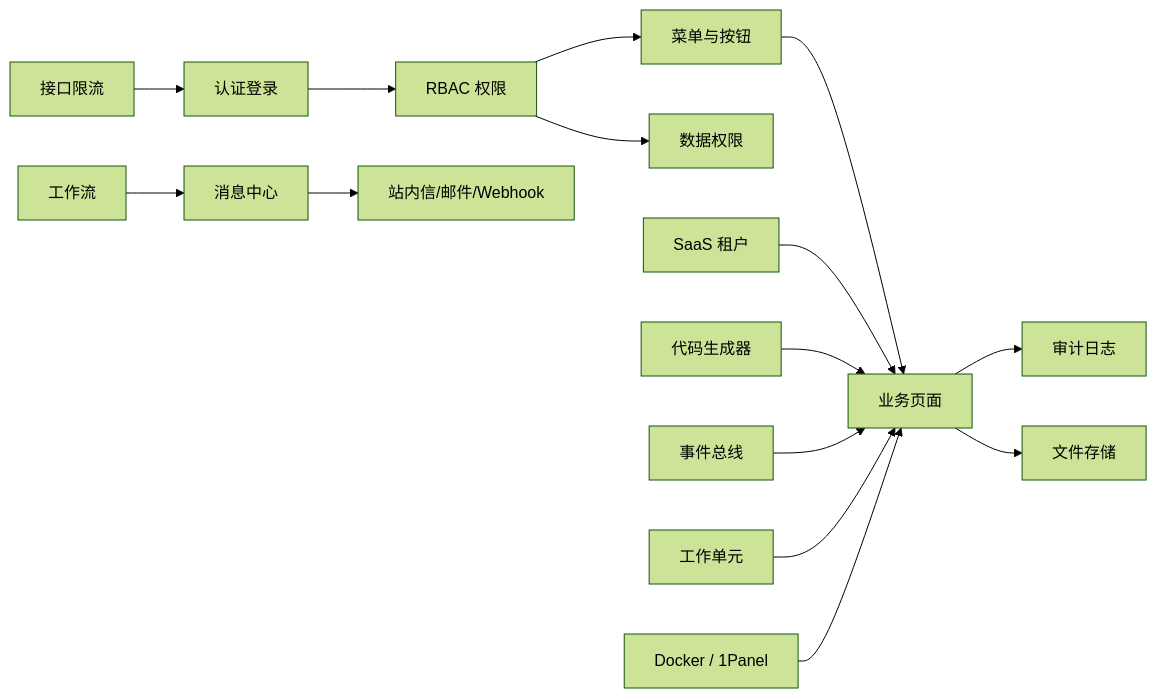
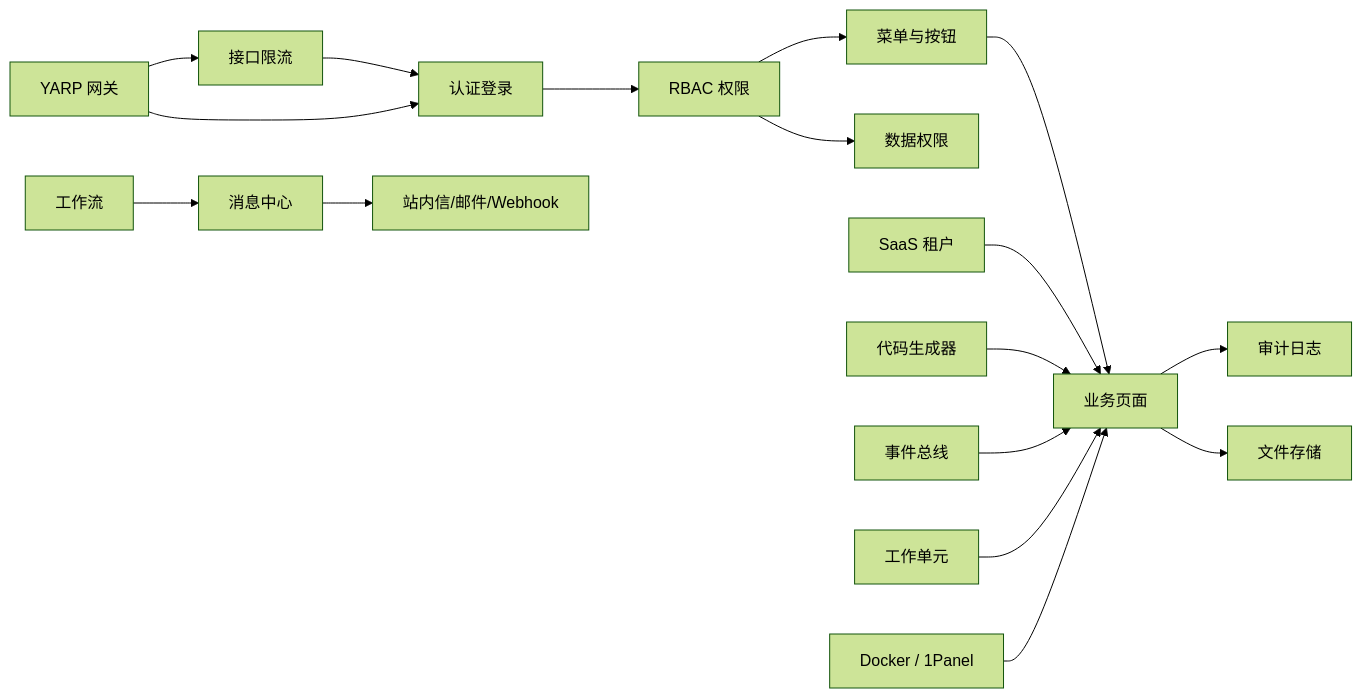
The diagram in docs-site/features/overview.md (tellmevx-cell/mini-admin), drawn with Mermaid (forest theme) before and after one commit. The commit also changed other lines of this file and 19 other files, not shown here.

````diff
--- a/docs-site/features/overview.md
+++ b/docs-site/features/overview.md
@@ -7,17 +7,19 @@
 ```mermaid
 flowchart LR
     A["认证登录"] --> B["RBAC 权限"]
     B --> C["菜单与按钮"]
     B --> D["数据权限"]
     C --> E["业务页面"]
     F["SaaS 租户"] --> E
     G["工作流"] --> H["消息中心"]
     H --> I["站内信/邮件/Webhook"]
     E --> J["审计日志"]
     E --> K["文件存储"]
     L["代码生成器"] --> E
     M["事件总线"] --> E
     N["工作单元"] --> E
     O["接口限流"] --> A
     P["Docker / 1Panel"] --> E
+    Q["YARP 网关"] --> O
+    Q --> A
 ```
````
